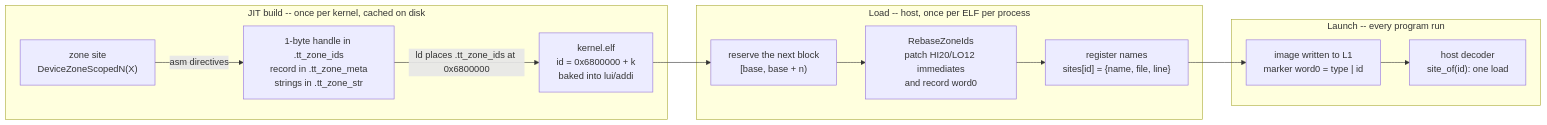
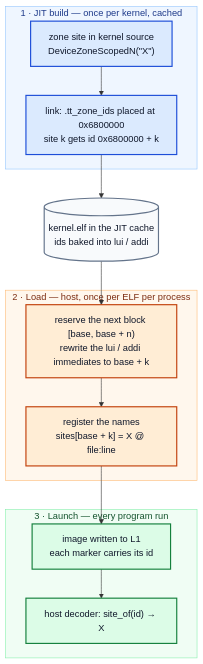
The first of 2 diagrams in tt_metal/tools/profiler/STREAMING_PROFILER_ZONE_IDS.md (tenstorrent/tt-metal), drawn with Mermaid before and after one commit. The commit also changed other lines of this file, not shown here.

Commit message:
profiler: zone-id doc -- browser-sized diagrams, and why the id is lui + addi
The overview diagram was one wide left-to-right graph that GitHub scaled down to column width.
It is now top-to-bottom with short labels and one colour per stage (build / load / launch), so
it renders at natural size; a second, two-column diagram at the top of section 1 shows the four
places a zone site writes and which one reaches the device. New bullet: why the id costs two
instructions on RV32 (12-bit addi, 20-bit lui, no 16/32-bit immediate; the loader rewrites
immediates in place and cannot drop the lui; placing the section below 4 KiB would cap the
process at 2047 ids).

````diff
--- a/tt_metal/tools/profiler/STREAMING_PROFILER_ZONE_IDS.md
+++ b/tt_metal/tools/profiler/STREAMING_PROFILER_ZONE_IDS.md
@@ -12,16 +12,30 @@
 ```mermaid
-flowchart LR
-  subgraph build["JIT build -- once per kernel, cached on disk"]
-    A["zone site<br/>DeviceZoneScopedN(X)"] -->|asm directives| B["1-byte handle in .tt_zone_ids<br/>record in .tt_zone_meta<br/>strings in .tt_zone_str"]
-    B -->|"ld places .tt_zone_ids at 0x6800000"| C["kernel.elf<br/>id = 0x6800000 + k<br/>baked into lui/addi"]
+flowchart TB
+  classDef build fill:#DBEAFE,stroke:#1D4ED8,stroke-width:2px,color:#0F172A
+  classDef load  fill:#FFEDD5,stroke:#C2410C,stroke-width:2px,color:#0F172A
+  classDef run   fill:#DCFCE7,stroke:#15803D,stroke-width:2px,color:#0F172A
+  classDef file  fill:#F8FAFC,stroke:#64748B,stroke-width:2px,color:#0F172A
+
+  subgraph B[" 1 · JIT build — once per kernel, cached "]
+    S["zone site in kernel source<br/>DeviceZoneScopedN(&quot;X&quot;)"]:::build
+    L["link: .tt_zone_ids placed at 0x6800000<br/>site k gets id 0x6800000 + k"]:::build
+    S --> L
   end
-  subgraph load["Load -- host, once per ELF per process"]
-    C --> D["reserve the next block<br/>[base, base + n)"]
-    D --> E["RebaseZoneIds<br/>patch HI20/LO12 immediates<br/>and record word0"]
-    E --> F["register names<br/>sites[id] = {name, file, line}"]
+  E[("kernel.elf in the JIT cache<br/>ids baked into lui / addi")]:::file
+  subgraph LD[" 2 · Load — host, once per ELF per process "]
+    R["reserve the next block [base, base + n)<br/>rewrite the lui / addi immediates to base + k"]:::load
+    N["register the names<br/>sites[base + k] = X @ file:line"]:::load
+    R --> N
   end
-  subgraph run["Launch -- every program run"]
-    F --> G["image written to L1<br/>marker word0 = type | id"]
-    G --> H["host decoder<br/>site_of(id): one load"]
+  subgraph RN[" 3 · Launch — every program run "]
+    D["image written to L1<br/>each marker carries its id"]:::run
+    H["host decoder: site_of(id) → X"]:::run
+    D --> H
   end
+  L --> E --> R
+  N --> D
+
+  style B  fill:#EFF6FF,stroke:#93C5FD,color:#1E3A8A
+  style LD fill:#FFF7ED,stroke:#FDBA74,color:#7C2D12
+  style RN fill:#F0FDF4,stroke:#86EFAC,color:#14532D
 ```
````
